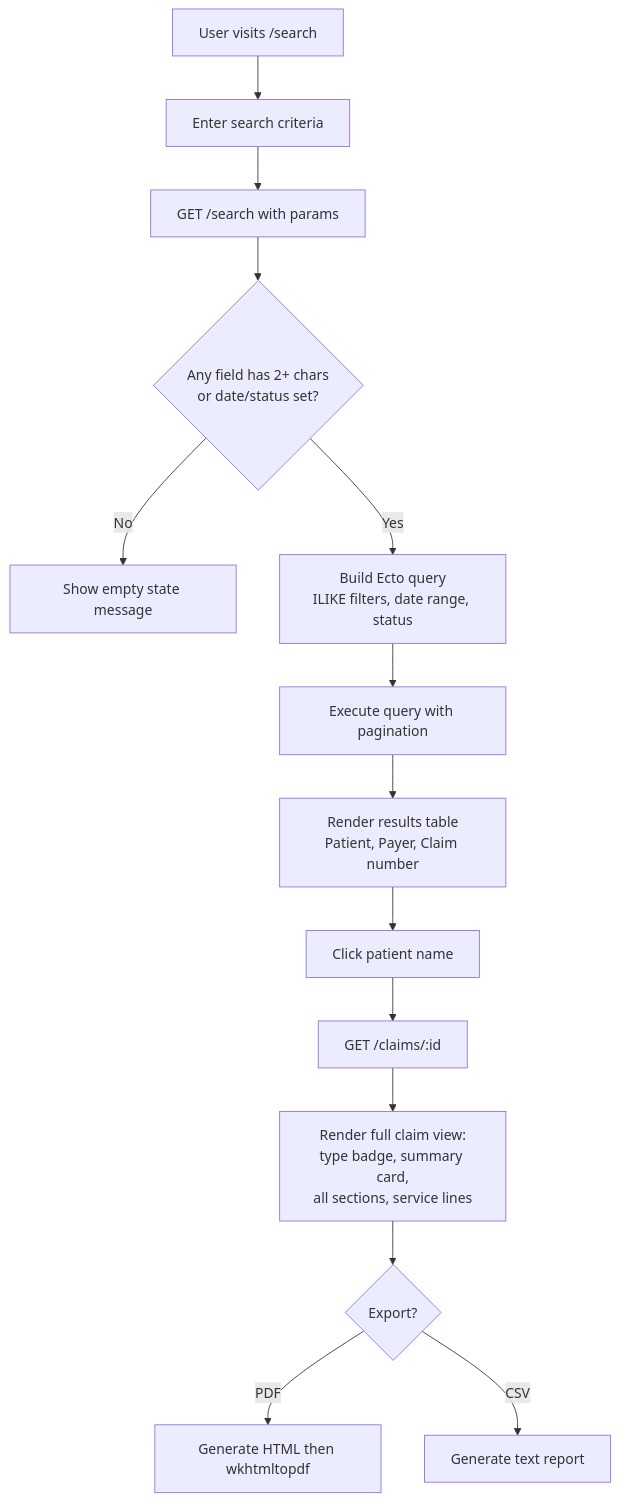
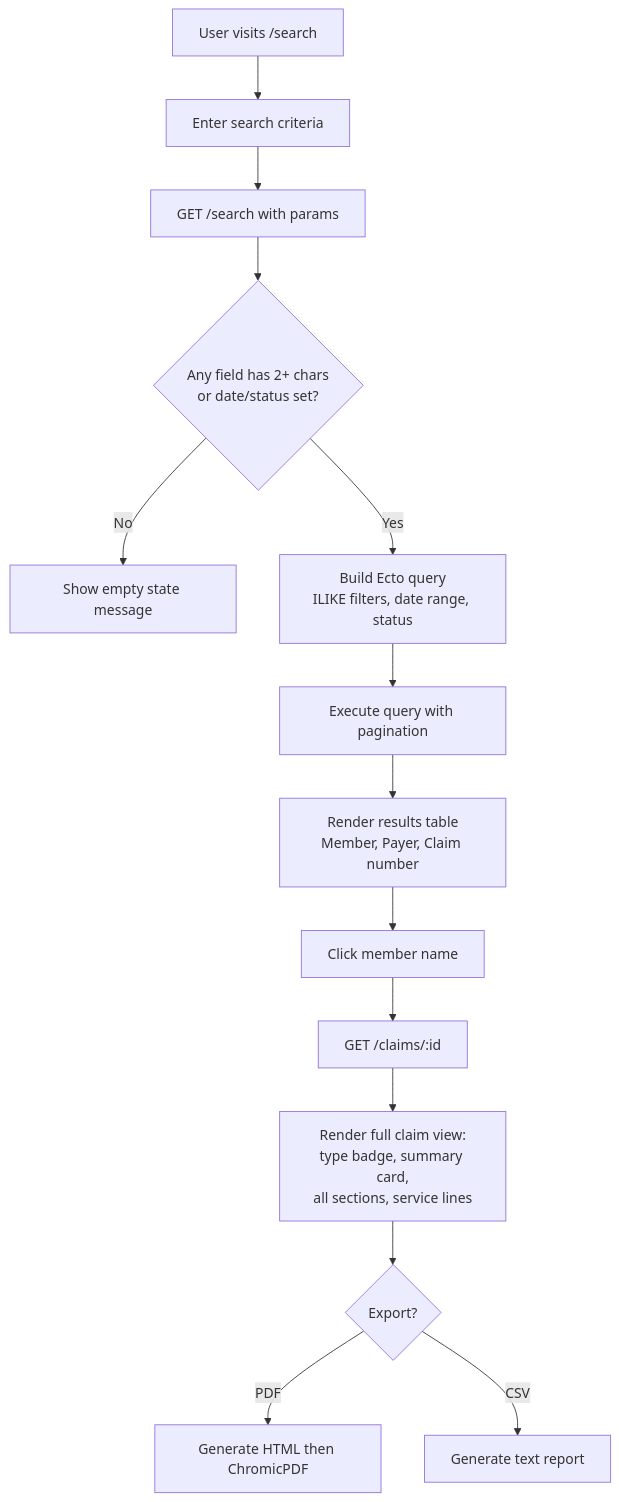
Before and after one commit to nagashi/X12-Claims-Translator-Viewer: the fifth of 6 diagrams in README.md, drawn with Mermaid. The commit also changed other lines of this file, not shown here.

````diff
--- a/README.md
+++ b/README.md
@@ -208,16 +208,16 @@
 ```mermaid
 flowchart TD
     A[User visits /search] --> B[Enter search criteria]
     B --> C[GET /search with params]
     C --> D{Any field has 2+ chars<br/>or date/status set?}
     D -->|No| E[Show empty state message]
     D -->|Yes| F[Build Ecto query<br/>ILIKE filters, date range, status]
     F --> G[Execute query with pagination]
-    G --> H[Render results table<br/>Patient, Payer, Claim number]
-    H --> I[Click patient name]
+    G --> H[Render results table<br/>Member, Payer, Claim number]
+    H --> I[Click member name]
     I --> J[GET /claims/:id]
     J --> K[Render full claim view:<br/>type badge, summary card,<br/>all sections, service lines]
     K --> L{Export?}
-    L -->|PDF| M[Generate HTML then wkhtmltopdf]
+    L -->|PDF| M[Generate HTML then ChromicPDF]
     L -->|CSV| N[Generate text report]
 ```
````
